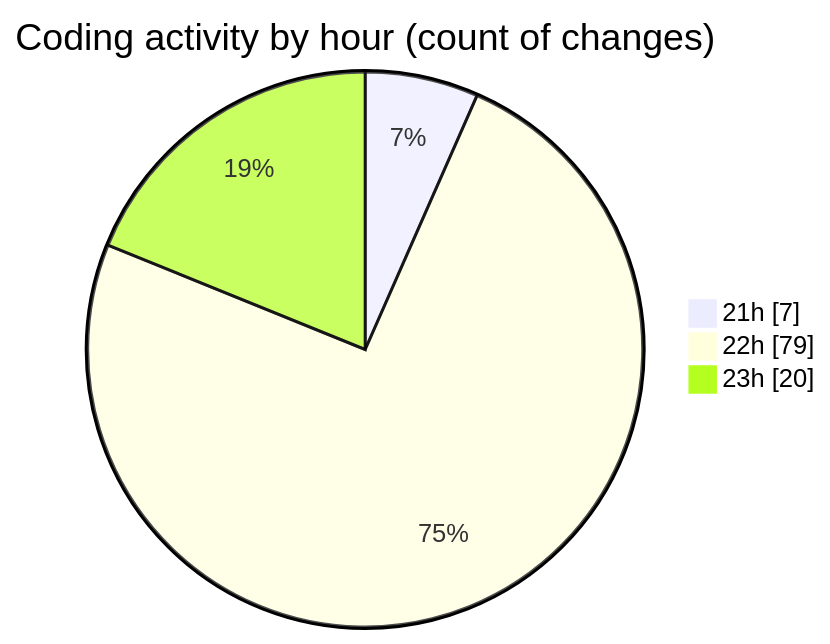
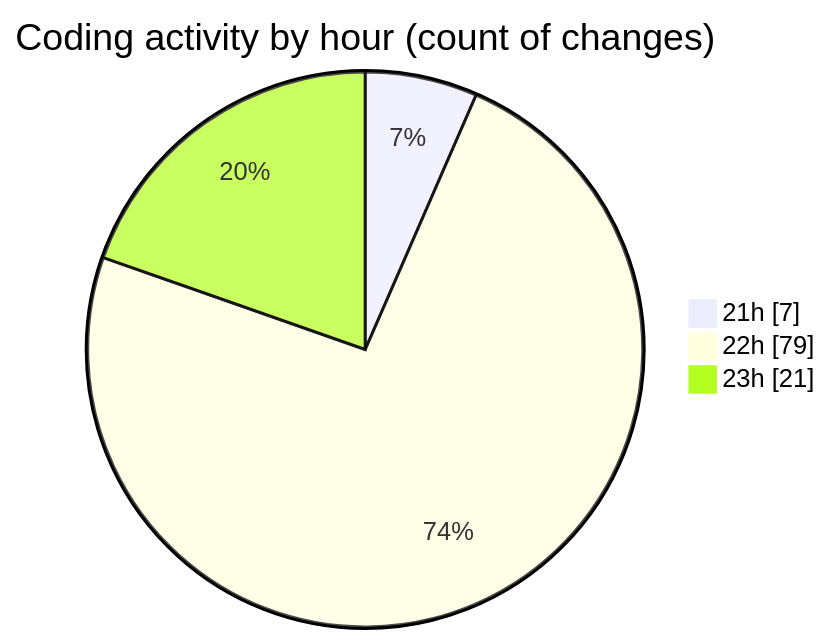
The second of 2 diagrams in 2025-08-26/mcp-web/README.md (EIIisD/code-tracking), drawn with Mermaid before and after one commit. The commit also changed other lines of this file and 1 other file, not shown here.

````diff
--- a/2025-08-26/mcp-web/README.md
+++ b/2025-08-26/mcp-web/README.md
@@ -37,7 +37,7 @@
 ```mermaid
 pie showData
 title Coding activity by hour (count of changes)
 "21h" : 7
 "22h" : 79
-"23h" : 20
+"23h" : 21
 ```
````
